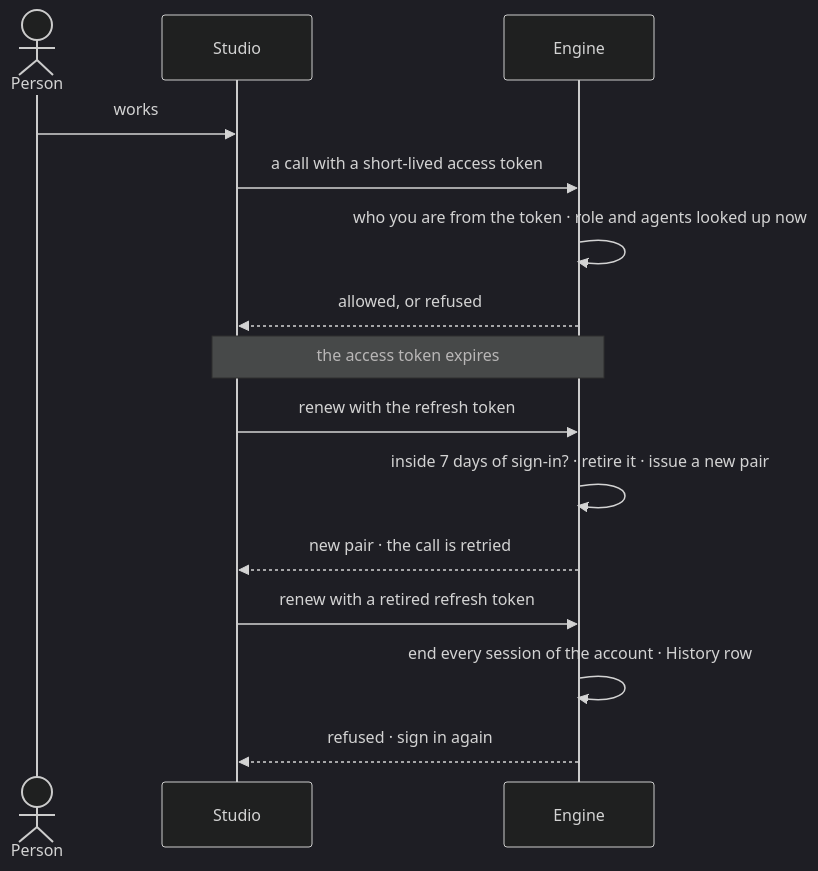
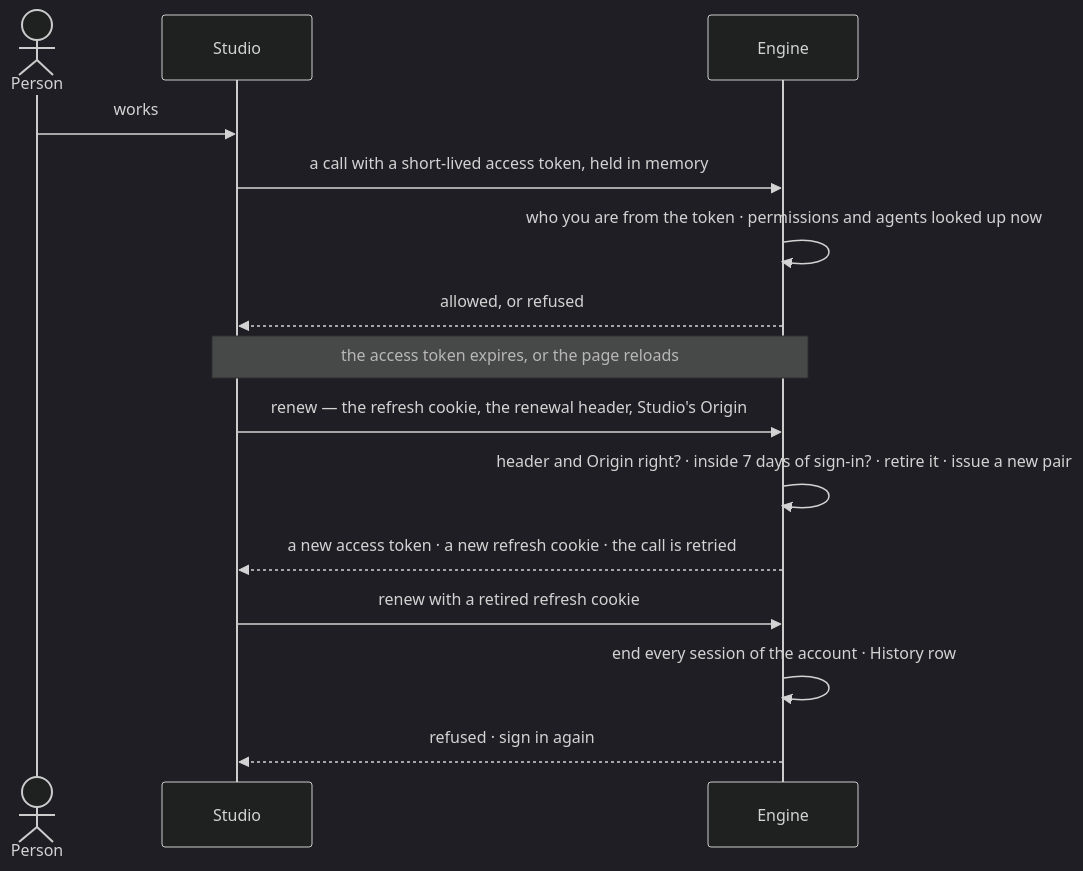
Before and after one commit to invana/invana: the second of 2 diagrams in specs/os/access/features/AC-F01-sign-in-account-and-sessions/feature.md, drawn with Mermaid (dark theme). The commit also changed other lines of this file and 456 other files, not shown here.

````diff
--- a/specs/os/access/features/AC-F01-sign-in-account-and-sessions/feature.md
+++ b/specs/os/access/features/AC-F01-sign-in-account-and-sessions/feature.md
@@ -52,17 +52,17 @@
 ```mermaid
 sequenceDiagram
   actor P as Person
   participant S as Studio
   participant E as Engine
   P->>S: works
-  S->>E: a call with a short-lived access token
-  E->>E: who you are from the token · role and agents looked up now
+  S->>E: a call with a short-lived access token, held in memory
+  E->>E: who you are from the token · permissions and agents looked up now
   E-->>S: allowed, or refused
-  Note over S,E: the access token expires
-  S->>E: renew with the refresh token
-  E->>E: inside 7 days of sign-in? · retire it · issue a new pair
-  E-->>S: new pair · the call is retried
-  S->>E: renew with a retired refresh token
+  Note over S,E: the access token expires, or the page reloads
+  S->>E: renew — the refresh cookie, the renewal header, Studio's Origin
+  E->>E: header and Origin right? · inside 7 days of sign-in? · retire it · issue a new pair
+  E-->>S: a new access token · a new refresh cookie · the call is retried
+  S->>E: renew with a retired refresh cookie
   E->>E: end every session of the account · History row
   E-->>S: refused · sign in again
 ```
````
